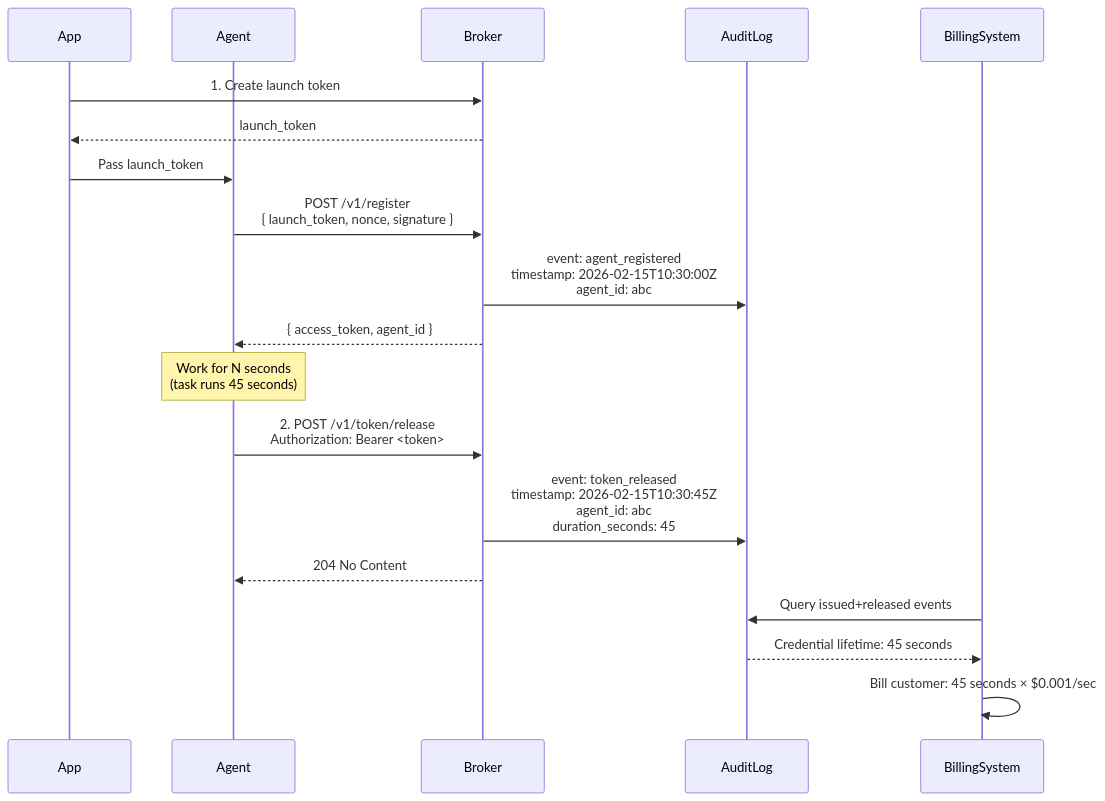
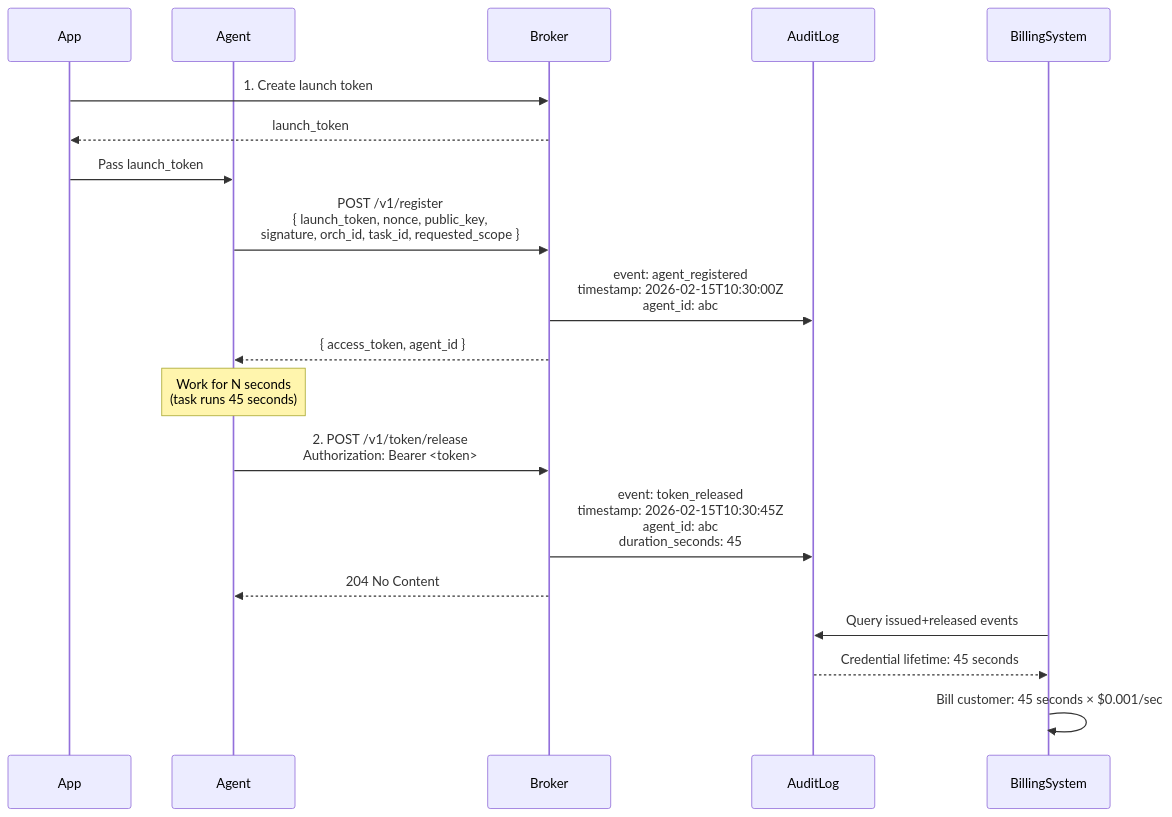
Before and after one commit to devonartis/agentwrit: the third of 6 diagrams in docs/integration-patterns.md, drawn with Mermaid. The commit also changed other lines of this file and 6 other files, not shown here.

````diff
--- a/docs/integration-patterns.md
+++ b/docs/integration-patterns.md
@@ -651,29 +654,29 @@
 ```mermaid
 sequenceDiagram
     participant App
     participant Agent
     participant Broker
     participant AuditLog
     participant BillingSystem
 
     App->>Broker: 1. Create launch token
     Broker-->>App: launch_token
 
     App->>Agent: Pass launch_token
 
-    Agent->>Broker: POST /v1/register<br/>{ launch_token, nonce, signature }
+    Agent->>Broker: POST /v1/register<br/>{ launch_token, nonce, public_key,<br/>signature, orch_id, task_id, requested_scope }
     Broker->>AuditLog: event: agent_registered<br/>timestamp: 2026-02-15T10:30:00Z<br/>agent_id: abc
 
     Broker-->>Agent: { access_token, agent_id }
 
     Note over Agent: Work for N seconds<br/>(task runs 45 seconds)
 
     Agent->>Broker: 2. POST /v1/token/release<br/>Authorization: Bearer <token>
     Broker->>AuditLog: event: token_released<br/>timestamp: 2026-02-15T10:30:45Z<br/>agent_id: abc<br/>duration_seconds: 45
 
     Broker-->>Agent: 204 No Content
 
     BillingSystem->>AuditLog: Query issued+released events
     AuditLog-->>BillingSystem: Credential lifetime: 45 seconds
     BillingSystem->>BillingSystem: Bill customer: 45 seconds × $0.001/sec
 ```
````
